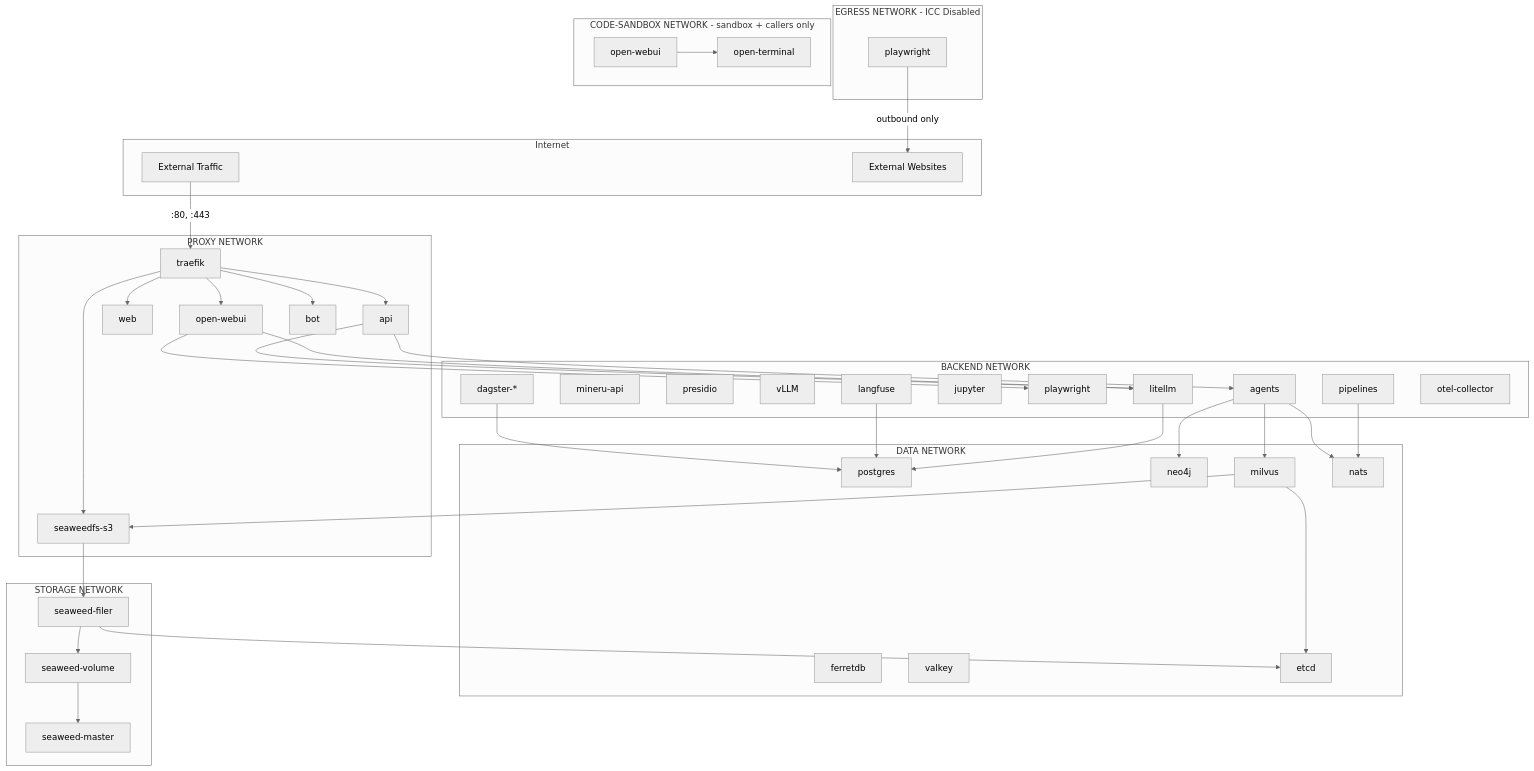
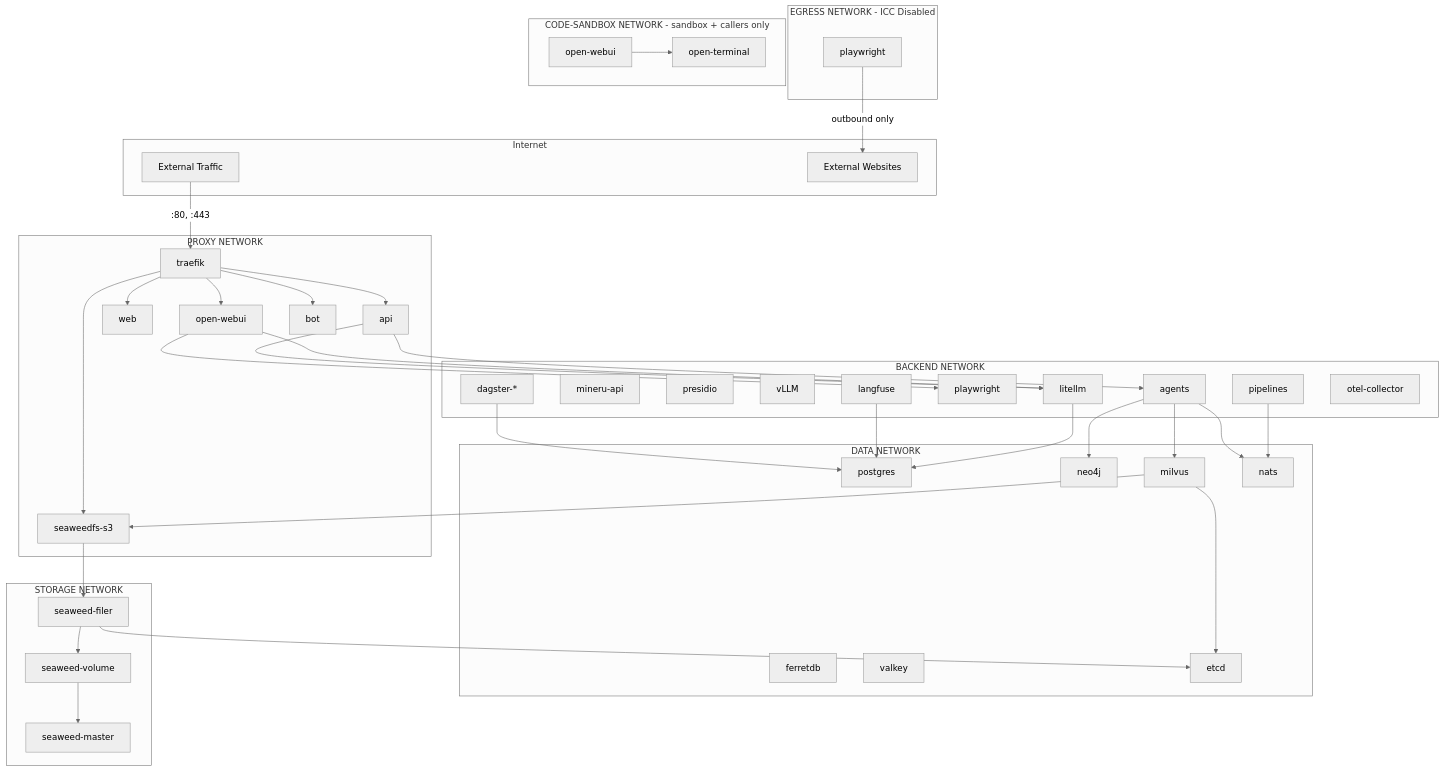
Before and after one commit to bbvch-ai/aihub-core: the diagram in docs/docs/2_platform/2_architecture/4_network_isolation/index.en.md, drawn with Mermaid (neutral theme). The commit also changed other lines of this file and 31 other files, not shown here.

```diff
--- a/docs/docs/2_platform/2_architecture/4_network_isolation/index.en.md
+++ b/docs/docs/2_platform/2_architecture/4_network_isolation/index.en.md
@@ -136,7 +135,6 @@
         presidio[presidio]
         vllm[vLLM]
         agents[agents]
-        jupyter[jupyter]
         playwright[playwright]
         dagster[dagster-*]
         pipelines[pipelines]
```
